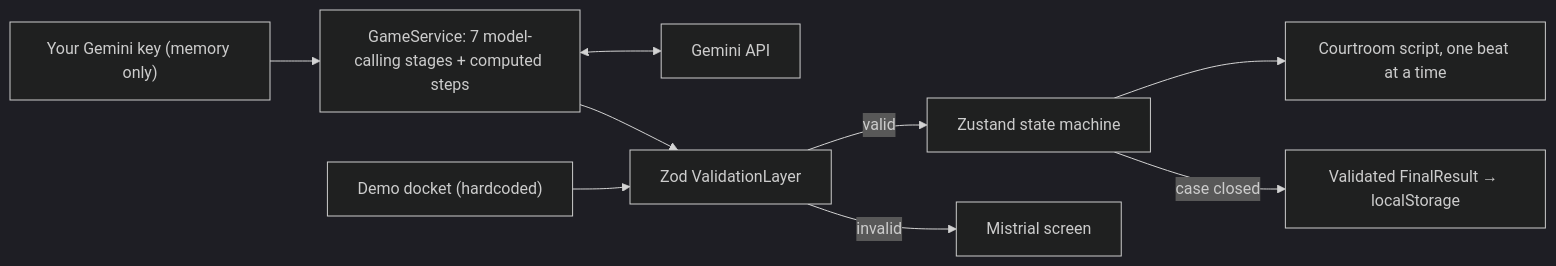
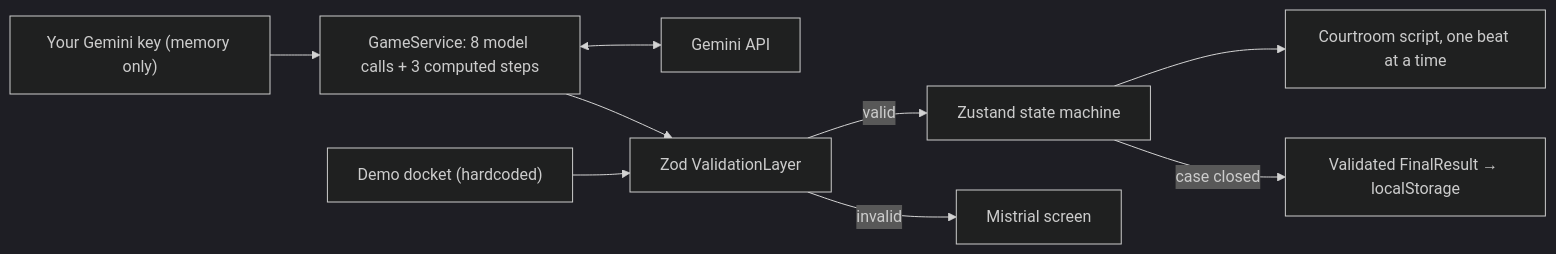
One commit to jcrump97/the-bench changed the diagram in README.md. Above: the diagram before and after it, drawn with Mermaid (dark theme). The commit also changed other lines of this file, not shown here.

````diff
--- a/README.md
+++ b/README.md
@@ -42,11 +45,11 @@
 ```mermaid
 flowchart LR
-    KEY["Your Gemini key (memory only)"] --> GS["GameService: 7 model-calling stages + computed steps"]
+    KEY["Your Gemini key (memory only)"] --> GS["GameService: 8 model calls + 3 computed steps"]
     GS <--> LLM[Gemini API]
     DEMO["Demo docket (hardcoded)"] --> VL
     GS --> VL["Zod ValidationLayer"]
     VL -->|valid| STORE["Zustand state machine"]
     VL -->|invalid| ERR["Mistrial screen"]
     STORE --> SCRIPT["Courtroom script, one beat at a time"]
     STORE -->|case closed| ARCH["Validated FinalResult → localStorage"]
 ```
````
